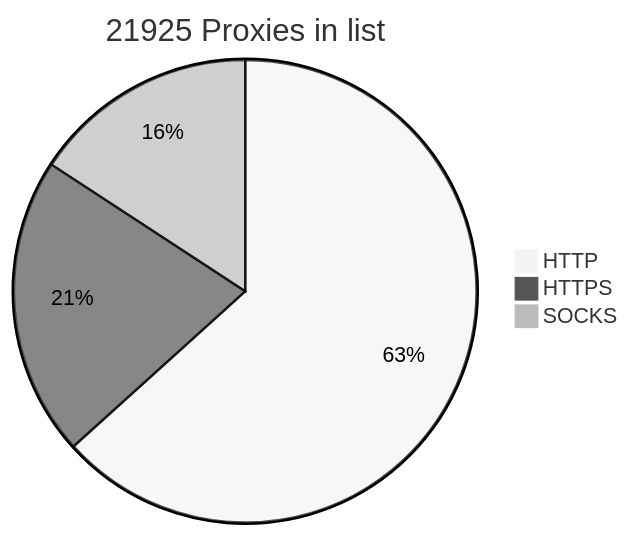
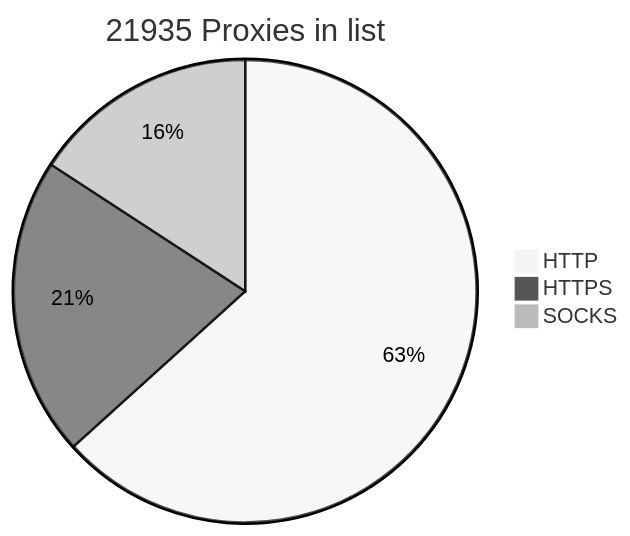
Before and after one commit to BlackSnowDot/proxylist-update-every-minute: the diagram in README.md, drawn with Mermaid (neutral theme).

````diff
--- a/README.md
+++ b/README.md
@@ -2,6 +2,6 @@
 ```mermaid
-pie title 21925 Proxies in list
-    "HTTP" : 15834
+pie title 21935 Proxies in list
+    "HTTP" : 15838
     "HTTPS": 5229
-    "SOCKS" : 3947
+    "SOCKS" : 3954
 ```
````
